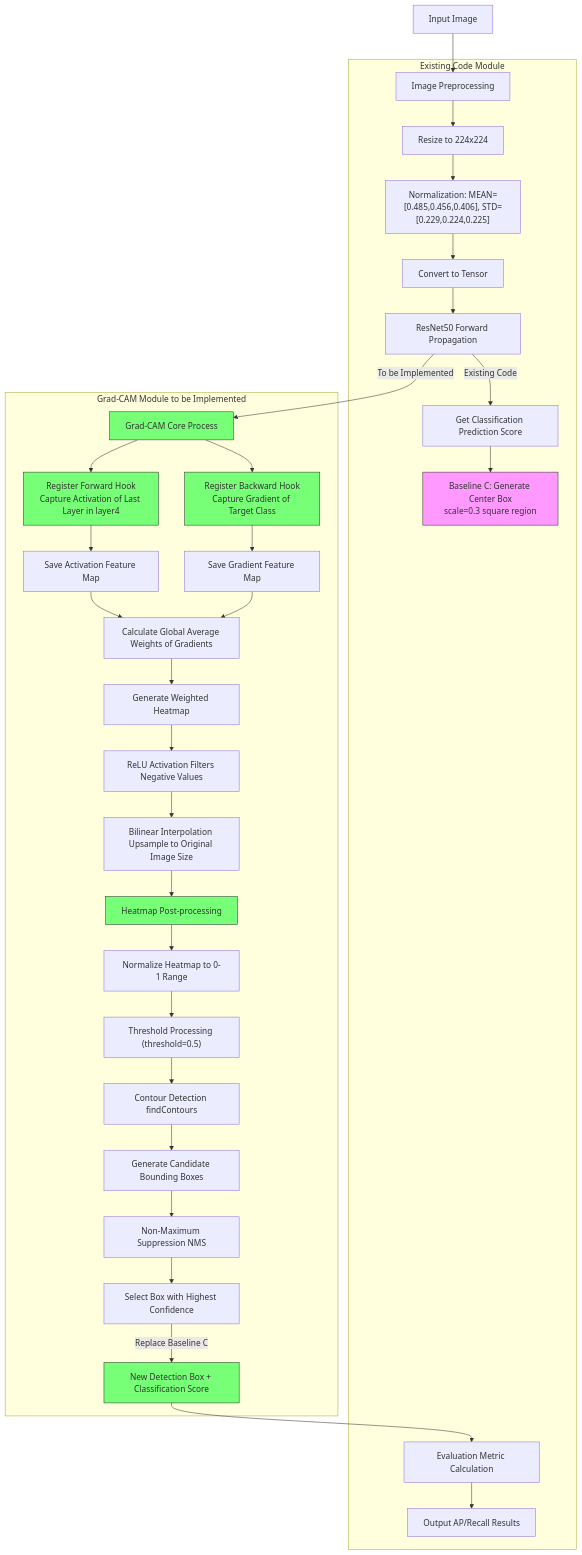
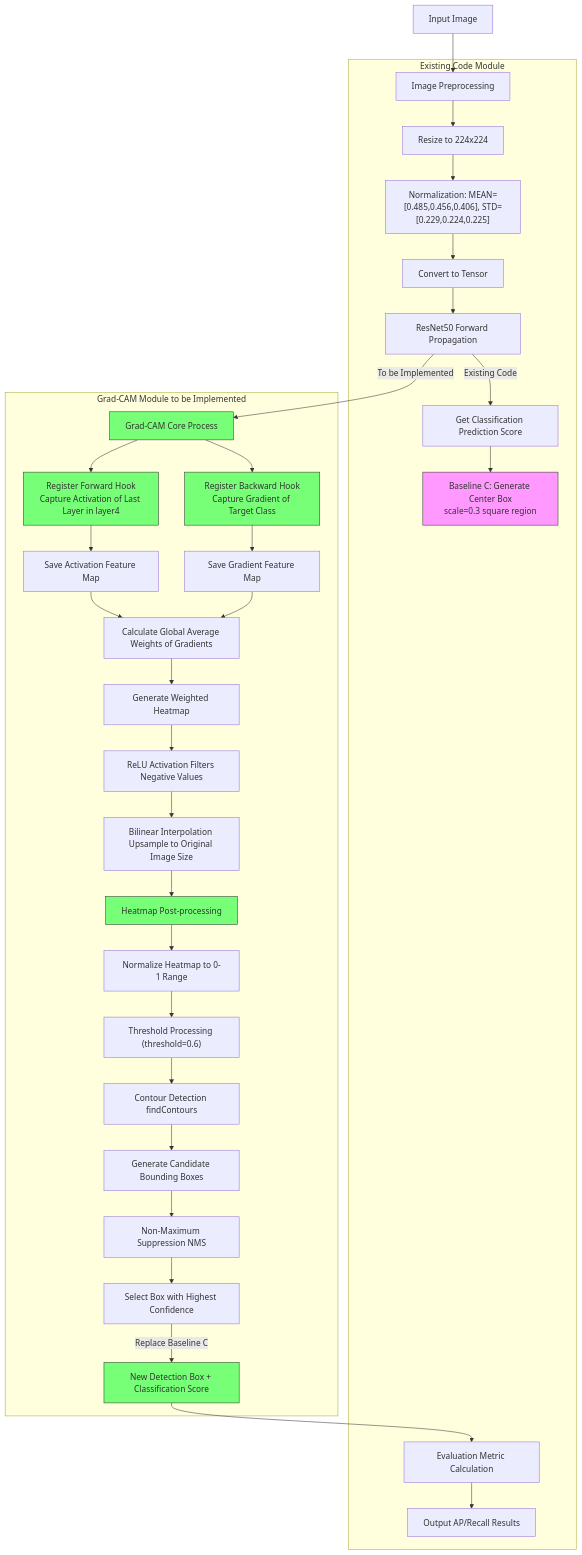
The diagram in README.org (xiejiongru/DL__GradCAM_efeo_technical_test), drawn with Mermaid before and after one commit. The commit also changed other lines of this file and 1 other file, not shown here.

Commit message:
lintting

```diff
--- a/README.org
+++ b/README.org
@@ -147,73 +147,73 @@
 #+BEGIN_SRC mermaid
 graph TD
     A[Input Image] --> B[Image Preprocessing]
     B --> C[Resize to 224x224]
     C --> D["Normalization: MEAN=[0.485,0.456,0.406], STD=[0.229,0.224,0.225]"]
     D --> E[Convert to Tensor]
 
     E --> F[ResNet50 Forward Propagation]
     F -->|Existing Code| G[Get Classification Prediction Score]
     G --> H[Baseline C: Generate Center Box<br>scale=0.3 square region]
 
     F -->|To be Implemented| I[Grad-CAM Core Process]
     I --> J[Register Forward Hook<br>Capture Activation of Last Layer in layer4]
     I --> K[Register Backward Hook<br>Capture Gradient of Target Class]
     J --> L[Save Activation Feature Map]
     K --> M[Save Gradient Feature Map]
     L --> N[Calculate Global Average Weights of Gradients]
     M --> N
     N --> O[Generate Weighted Heatmap]
     O --> P[ReLU Activation Filters Negative Values]
     P --> Q[Bilinear Interpolation Upsample to Original Image Size]
 
     Q --> R[Heatmap Post-processing]
     R --> S[Normalize Heatmap to 0-1 Range]
-    S --> T["Threshold Processing (threshold=0.5)"]
+    S --> T["Threshold Processing (threshold=0.6)"]
     T --> U[Contour Detection findContours]
     U --> V[Generate Candidate Bounding Boxes]
     V --> W[Non-Maximum Suppression NMS]
     W --> X[Select Box with Highest Confidence]
 
     X -->|Replace Baseline C| Y[New Detection Box + Classification Score]
     Y --> Z[Evaluation Metric Calculation]
     Z --> AA[Output AP/Recall Results]
 
     style H fill:#f9f,stroke:#333
     style I fill:#7f7,stroke:#333
     style J fill:#7f7,stroke:#333
     style K fill:#7f7,stroke:#333
     style R fill:#7f7,stroke:#333
     style Y fill:#7f7,stroke:#333
 
     subgraph Existing Code Module
         B
         C
         D
         E
         F
         G
         H
         Z
         AA
     end
 
     subgraph Grad-CAM Module to be Implemented
         I
         J
         K
         L
         M
         N
         O
         P
         Q
         R
         S
         T
         U
         V
         W
         X
         Y
     end
 #+END_SRC
```
